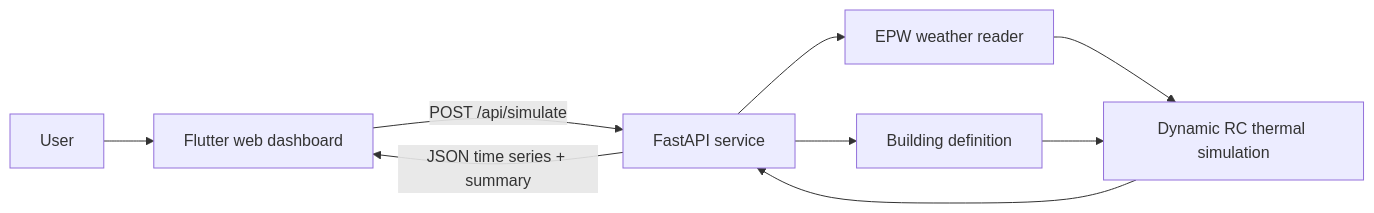
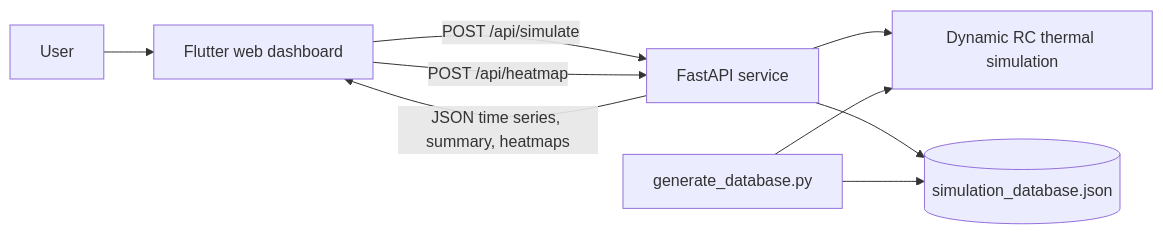
Before and after one commit to timothee-allio/Summer_Comfort: the diagram in APP_DOCUMENTATION.md, drawn with Mermaid. The commit also changed other lines of this file and 8 other files, not shown here.

````diff
--- a/APP_DOCUMENTATION.md
+++ b/APP_DOCUMENTATION.md
@@ -13,11 +13,11 @@
 ```mermaid
 flowchart LR
     U[User] --> F[Flutter web dashboard]
     F -->|POST /api/simulate| A[FastAPI service]
-    A --> W[EPW weather reader]
-    A --> B[Building definition]
-    W --> S[Dynamic RC thermal simulation]
-    B --> S
-    S --> A
-    A -->|JSON time series + summary| F
+    F -->|POST /api/heatmap| A
+    A --> S[Dynamic RC thermal simulation]
+    A --> D[(simulation_database.json)]
+    G[generate_database.py] --> S
+    G --> D
+    A -->|JSON time series, summary, heatmaps| F
 ```
````
